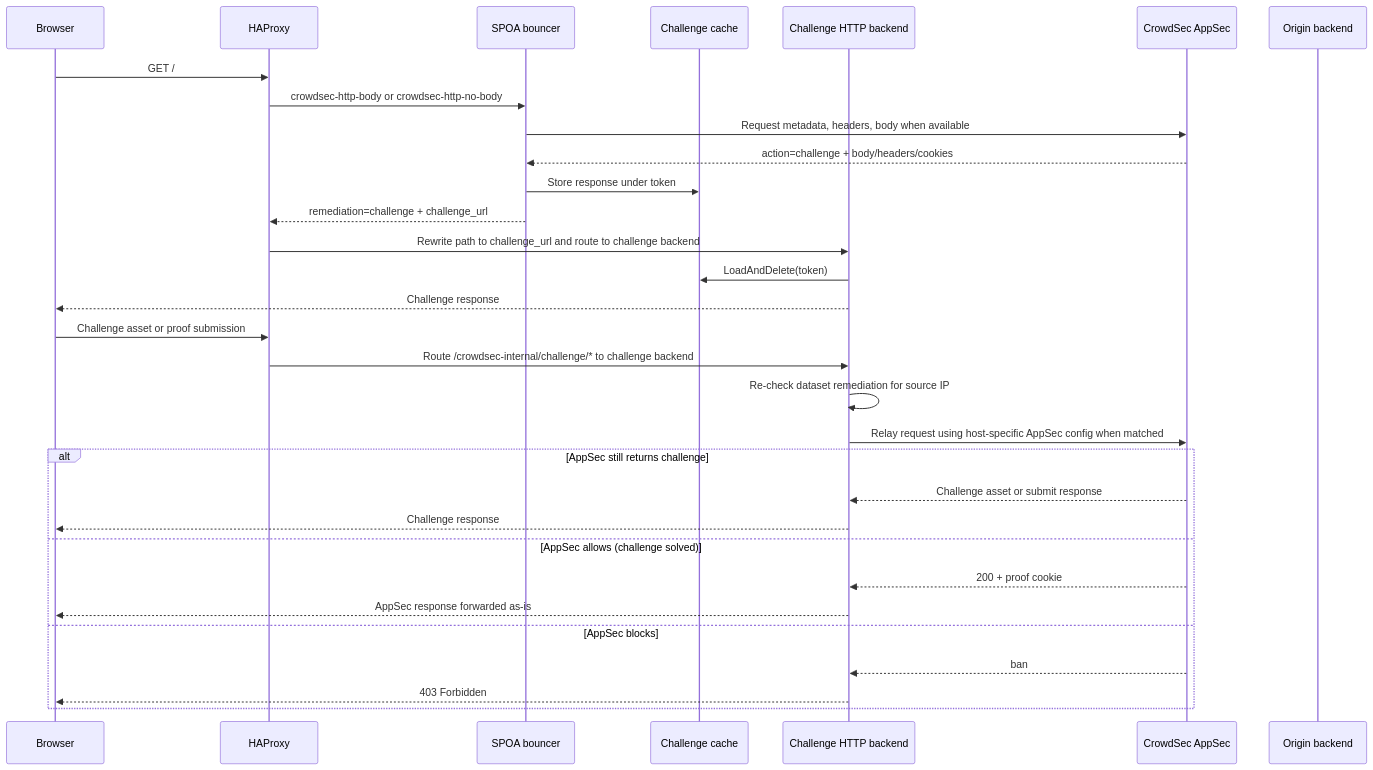
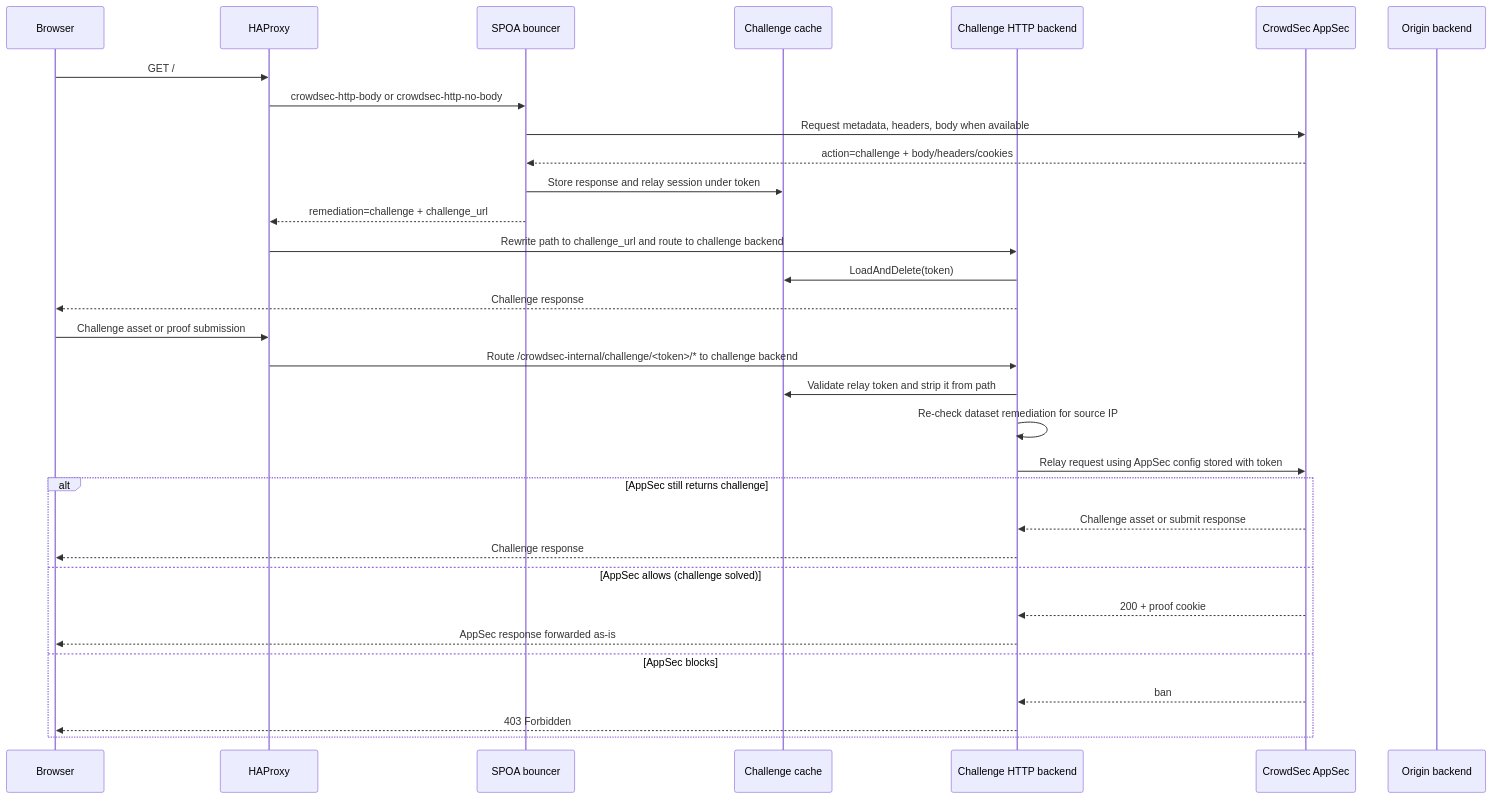
Before and after one commit to crowdsecurity/cs-haproxy-spoa-bouncer: the diagram in CHALLENGE.md, drawn with Mermaid. The commit also changed other lines of this file and 2 other files, not shown here.

First line of the commit message:
• Secure AppSec challenge relay with issued tokens

````diff
--- a/CHALLENGE.md
+++ b/CHALLENGE.md
@@ -34,36 +34,37 @@
 ```mermaid
 sequenceDiagram
     participant Browser
     participant HAProxy
     participant SPOA as SPOA bouncer
     participant Cache as Challenge cache
     participant HTTP as Challenge HTTP backend
     participant AppSec as CrowdSec AppSec
     participant Backend as Origin backend
 
     Browser->>HAProxy: GET /
     HAProxy->>SPOA: crowdsec-http-body or crowdsec-http-no-body
     SPOA->>AppSec: Request metadata, headers, body when available
     AppSec-->>SPOA: action=challenge + body/headers/cookies
-    SPOA->>Cache: Store response under token
+    SPOA->>Cache: Store response and relay session under token
     SPOA-->>HAProxy: remediation=challenge + challenge_url
     HAProxy->>HTTP: Rewrite path to challenge_url and route to challenge backend
     HTTP->>Cache: LoadAndDelete(token)
     HTTP-->>Browser: Challenge response
 
     Browser->>HAProxy: Challenge asset or proof submission
-    HAProxy->>HTTP: Route /crowdsec-internal/challenge/* to challenge backend
+    HAProxy->>HTTP: Route /crowdsec-internal/challenge/<token>/* to challenge backend
+    HTTP->>Cache: Validate relay token and strip it from path
     HTTP->>HTTP: Re-check dataset remediation for source IP
-    HTTP->>AppSec: Relay request using host-specific AppSec config when matched
+    HTTP->>AppSec: Relay request using AppSec config stored with token
 
     alt AppSec still returns challenge
         AppSec-->>HTTP: Challenge asset or submit response
         HTTP-->>Browser: Challenge response
     else AppSec allows (challenge solved)
         AppSec-->>HTTP: 200 + proof cookie
         HTTP-->>Browser: AppSec response forwarded as-is
     else AppSec blocks
         AppSec-->>HTTP: ban
         HTTP-->>Browser: 403 Forbidden
     end
 ```
````
